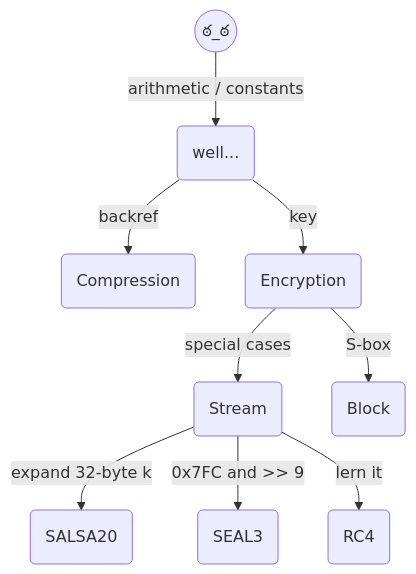
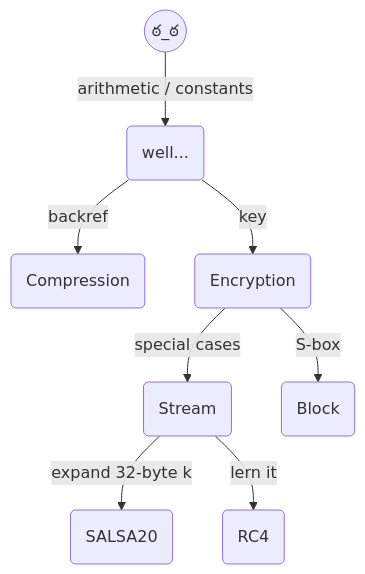
One commit to nullteilerfrei/reversing-class changed the diagram in lecture-notes/algorithm-identification.md. Above: the diagram before and after it, drawn with Mermaid. The commit also changed 2 other files, not shown here.

Commit message:
expands algorithm identification section

````diff
--- a/lecture-notes/algorithm-identification.md
+++ b/lecture-notes/algorithm-identification.md
@@ -1,11 +1,10 @@
 ```mermaid
 graph TD
 You((ఠ_ఠ)) -- arithmetic / constants --> A(well...)
 A  -- backref --> C(Compression)
 A -- key --> Crypto(Encryption)
 Crypto -- special cases --> D(Stream)
 D -- expand 32-byte k --> SALSA(SALSA20)
-D -- 0x7FC and >> 9 --> SEAL(SEAL3)
 D -- lern it --> RC4(RC4)
 Crypto -- S-box --> E(Block)
 ```
````
